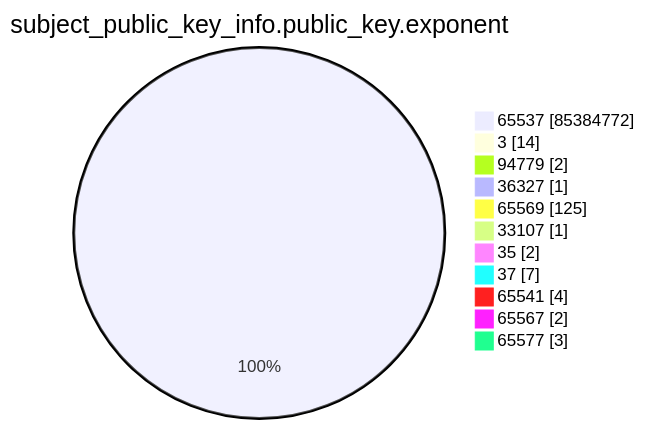
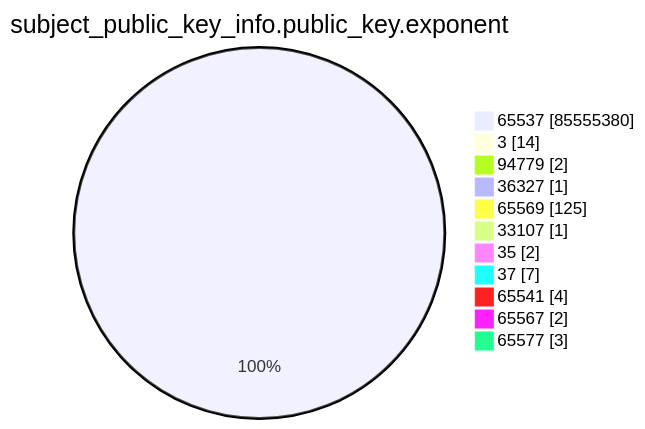
Before and after one commit to christiankrug/ctmonitor_visualization: the fourth of 15 diagrams in xenon2023/README.md, drawn with Mermaid. The commit also changed other lines of this file, not shown here.

````diff
--- a/xenon2023/README.md
+++ b/xenon2023/README.md
@@ -1240,15 +1241,15 @@
 ```mermaid
 pie showData
 title subject_public_key_info.public_key.exponent
-"65537" :85384772
+"65537" :85555380
 "3" :14
 "94779" :2
 "36327" :1
 "65569" :125
 "33107" :1
 "35" :2
 "37" :7
 "65541" :4
 "65567" :2
 "65577" :3
 ```
````
